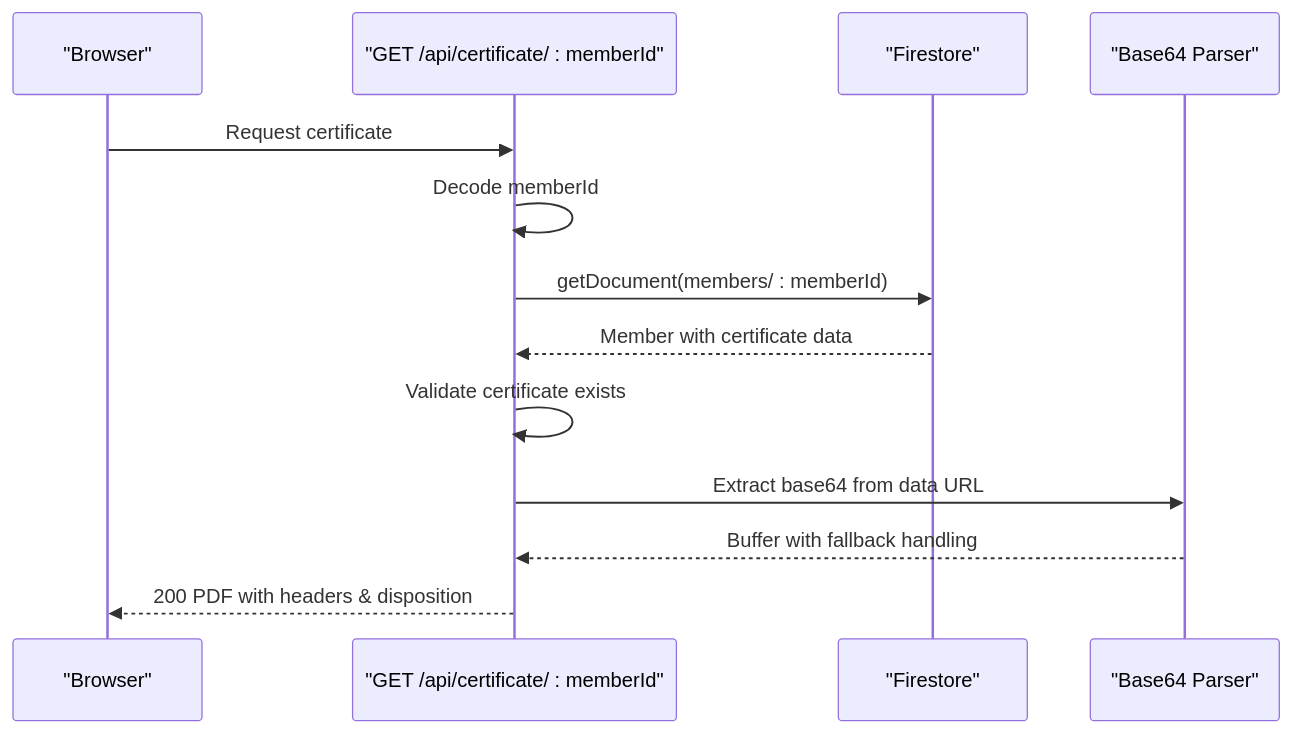
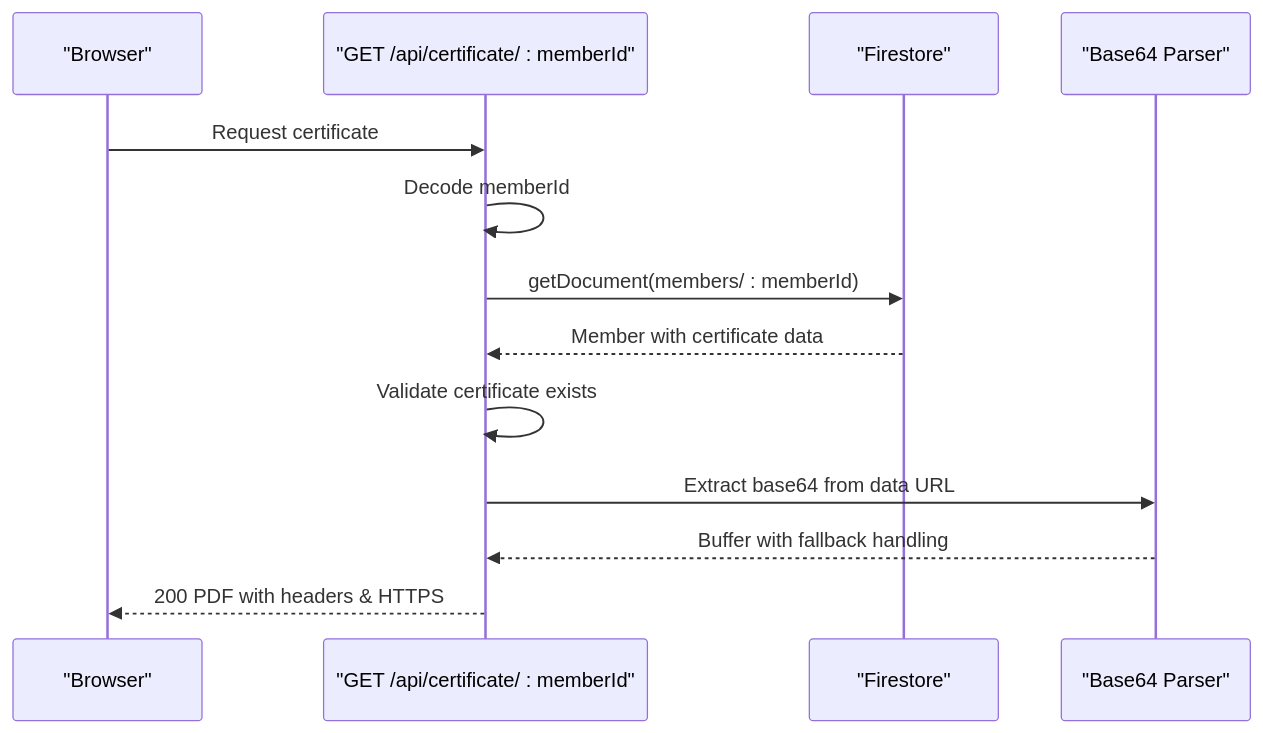
One commit to Unsure-bry/sampacoop_system changed the fifth of 7 diagrams in .qoder/repowiki/en/content/Email & Notification System/Certificate Generation System.md. Above: the diagram before and after it, drawn with Mermaid. The commit also changed other lines of this file and 12 other files, not shown here.

````diff
--- a/.qoder/repowiki/en/content/Email & Notification System/Certificate Generation System.md
+++ b/.qoder/repowiki/en/content/Email & Notification System/Certificate Generation System.md
@@ -212,15 +296,15 @@
 ```mermaid
 sequenceDiagram
 participant Client as "Browser"
 participant API as "GET /api/certificate/ : memberId"
 participant FS as "Firestore"
 participant Util as "Base64 Parser"
 Client->>API : Request certificate
 API->>API : Decode memberId
 API->>FS : getDocument(members/ : memberId)
 FS-->>API : Member with certificate data
 API->>API : Validate certificate exists
 API->>Util : Extract base64 from data URL
 Util-->>API : Buffer with fallback handling
-API-->>Client : 200 PDF with headers & disposition
+API-->>Client : 200 PDF with headers & HTTPS
 ```
````
